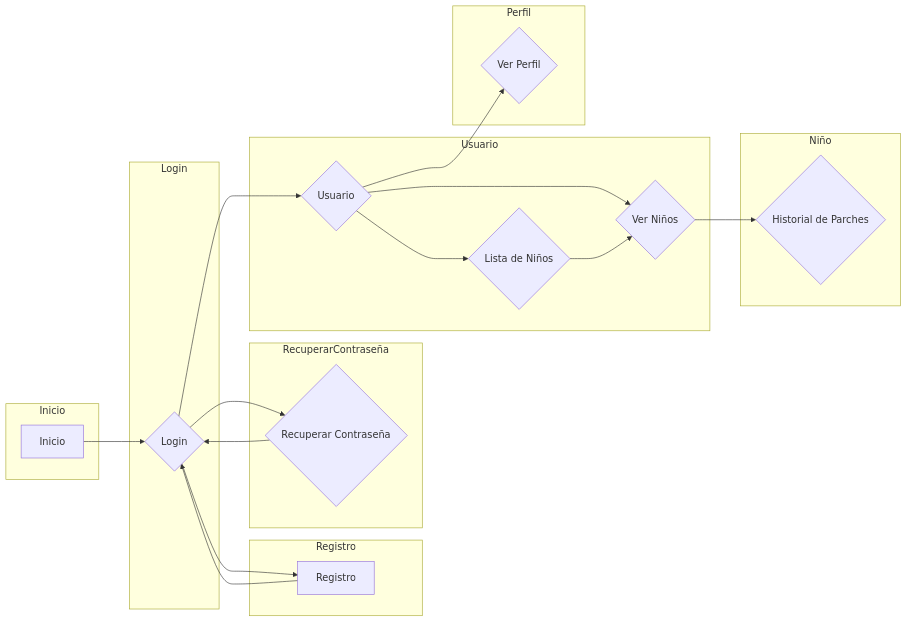
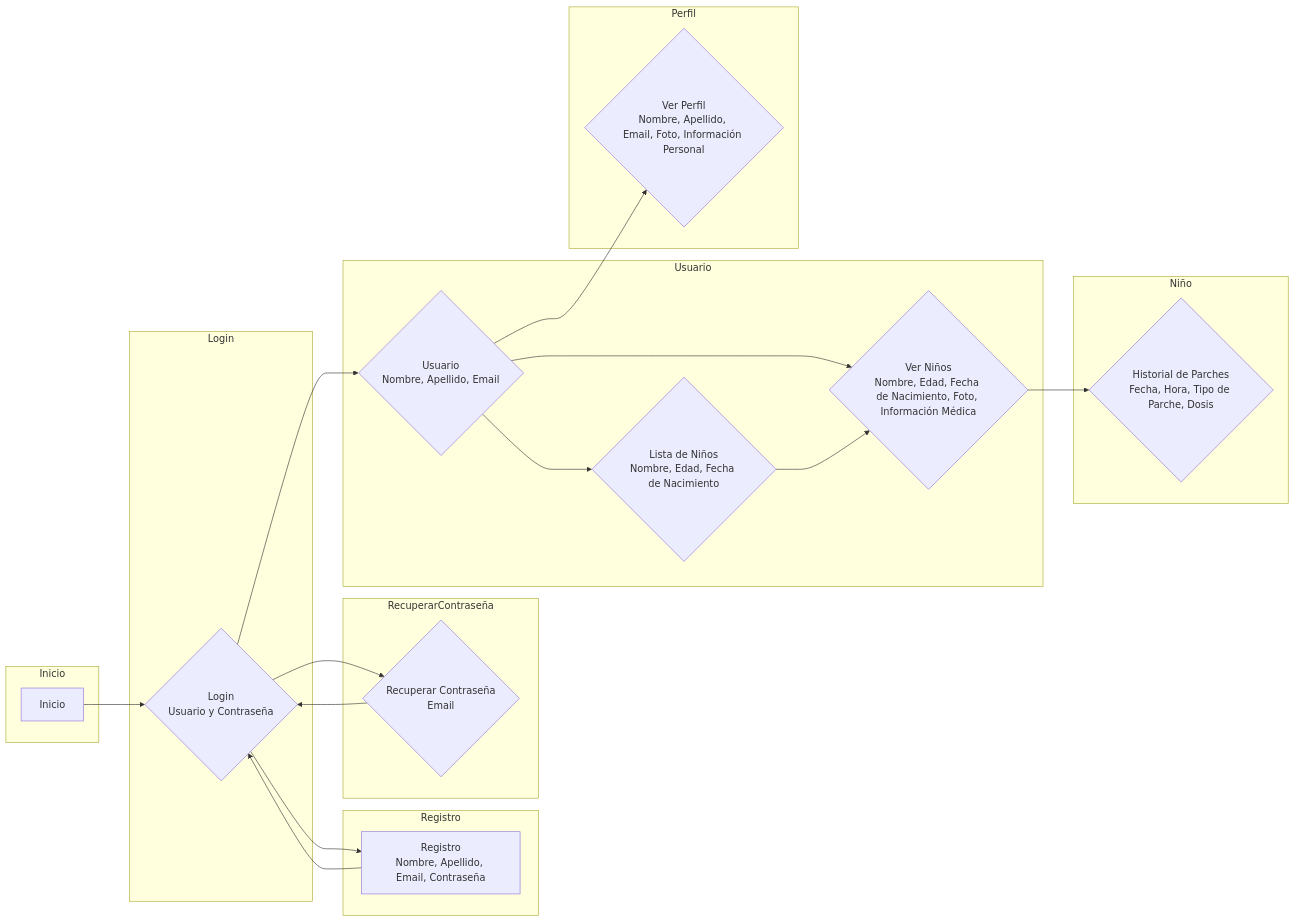
The diagram in DiagramaVista.mermaid (mactiburon/tapatapp), drawn with Mermaid before and after one commit.

Commit message:
DiagramaVista.mermaid

```diff
--- a/DiagramaVista.mermaid
+++ b/DiagramaVista.mermaid
@@ -1,36 +1,36 @@
 graph LR
     subgraph Inicio
         A[Inicio]
     end
     subgraph Login
-        B{Login}
+        B{Login<br>Usuario y Contraseña}
     end
     subgraph Registro
-        C[Registro]
+        C[Registro<br>Nombre, Apellido, Email, Contraseña]
     end
     subgraph RecuperarContraseña
-        D{Recuperar Contraseña}
+        D{Recuperar Contraseña<br>Email}
     end
     subgraph Usuario
-        E{Usuario}
-        I{Lista de Niños}
-        G{Ver Niños}
+        E{Usuario<br>Nombre, Apellido, Email}
+        I{Lista de Niños<br>Nombre, Edad, Fecha de Nacimiento}
+        G{Ver Niños<br>Nombre, Edad, Fecha de Nacimiento, Foto, Información Médica}
     end
     subgraph Perfil
-        F{Ver Perfil}
+        F{Ver Perfil<br>Nombre, Apellido, Email, Foto, Información Personal}
     end
     subgraph Niño
-        H{Historial de Parches}
+        H{Historial de Parches<br>Fecha, Hora, Tipo de Parche, Dosis}
     end
 
     A --> B
     B --> C
     B --> D
     C --> B
     D --> B
     B --> E
     E --> F
     E --> I
     E --> G
     I --> G
     G --> H
```
